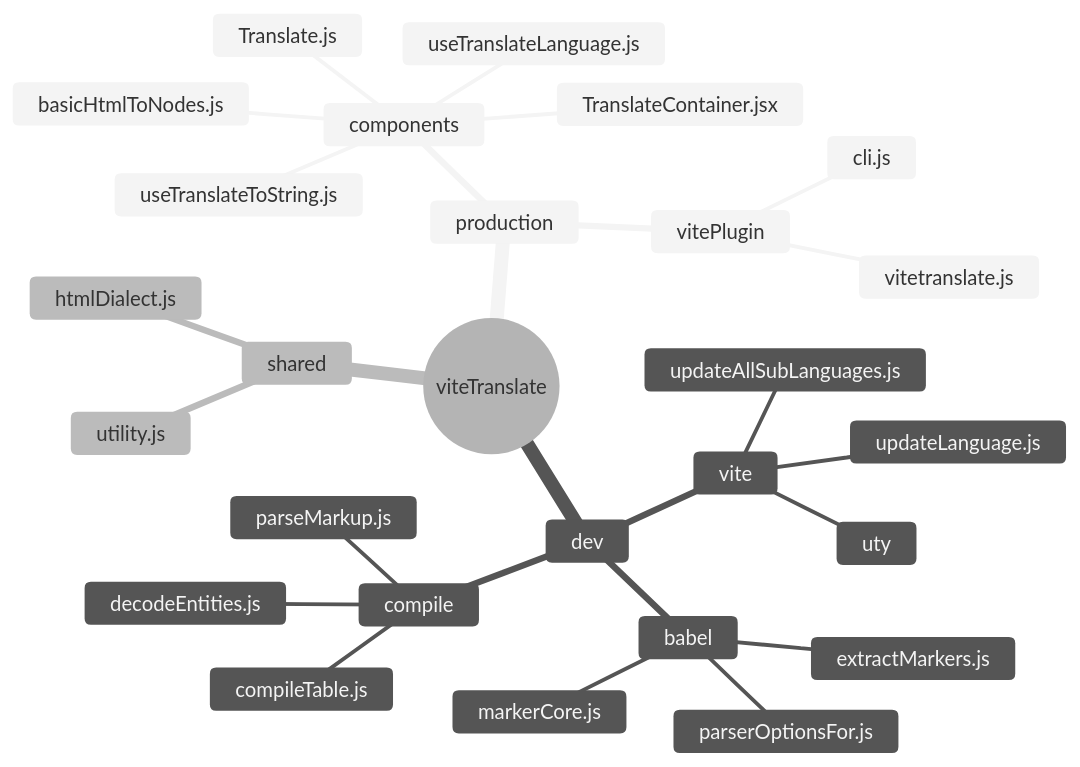
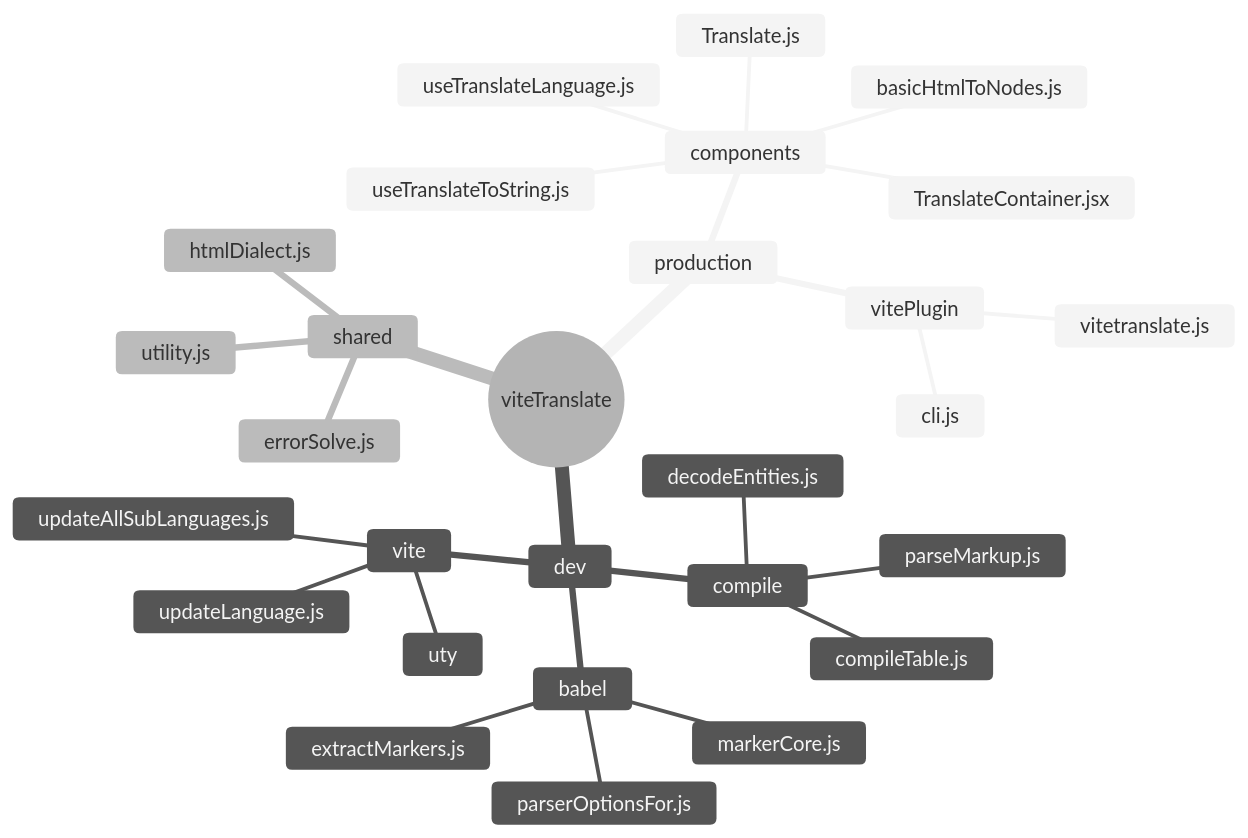
Before and after one commit to sepoina/viteTranslate: the second of 8 diagrams in doc/structure.md, drawn with Mermaid (neutral theme). The commit also changed other lines of this file and 22 other files, not shown here.

Commit message:
Centralize errorSolve rules and normalize {t, a} objects (v2.3.0)

````diff
--- a/doc/structure.md
+++ b/doc/structure.md
@@ -77,30 +77,31 @@
 ```mermaid
 mindmap
   root((viteTranslate))
     production
       components
         TranslateContainer.jsx
         Translate.js
         useTranslateLanguage.js
         useTranslateToString.js
         basicHtmlToNodes.js
       vitePlugin
         vitetranslate.js
         cli.js
     dev
       babel
         markerCore.js
         extractMarkers.js
         parserOptionsFor.js
       compile
         compileTable.js
         parseMarkup.js
         decodeEntities.js
       vite
         updateLanguage.js
         updateAllSubLanguages.js
         uty
     shared
       htmlDialect.js
+      errorSolve.js
       utility.js
 ```
````
